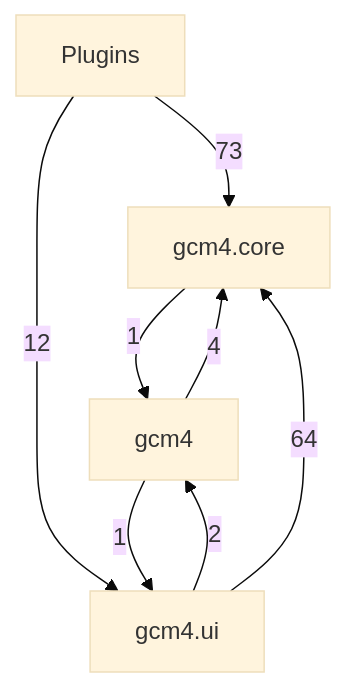
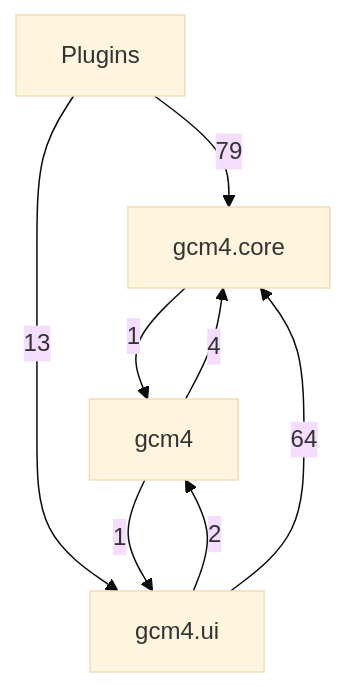
One commit to Mathilde-Team/Gcm4 changed the first of 5 diagrams in docs/class-diagram.md. Above: the diagram before and after it, drawn with Mermaid (base theme). The commit also changed other lines of this file and 45 other files, not shown here.

````diff
--- a/docs/class-diagram.md
+++ b/docs/class-diagram.md
@@ -21,14 +21,14 @@
 ```mermaid
 flowchart TD
     g0["Plugins"]
     g1["gcm4"]
     g2["gcm4.core"]
     g3["gcm4.ui"]
-    g0 -->|73| g2
-    g0 -->|12| g3
+    g0 -->|79| g2
+    g0 -->|13| g3
     g1 -->|4| g2
     g1 -->|1| g3
     g2 -->|1| g1
     g3 -->|2| g1
     g3 -->|64| g2
 ```
````
